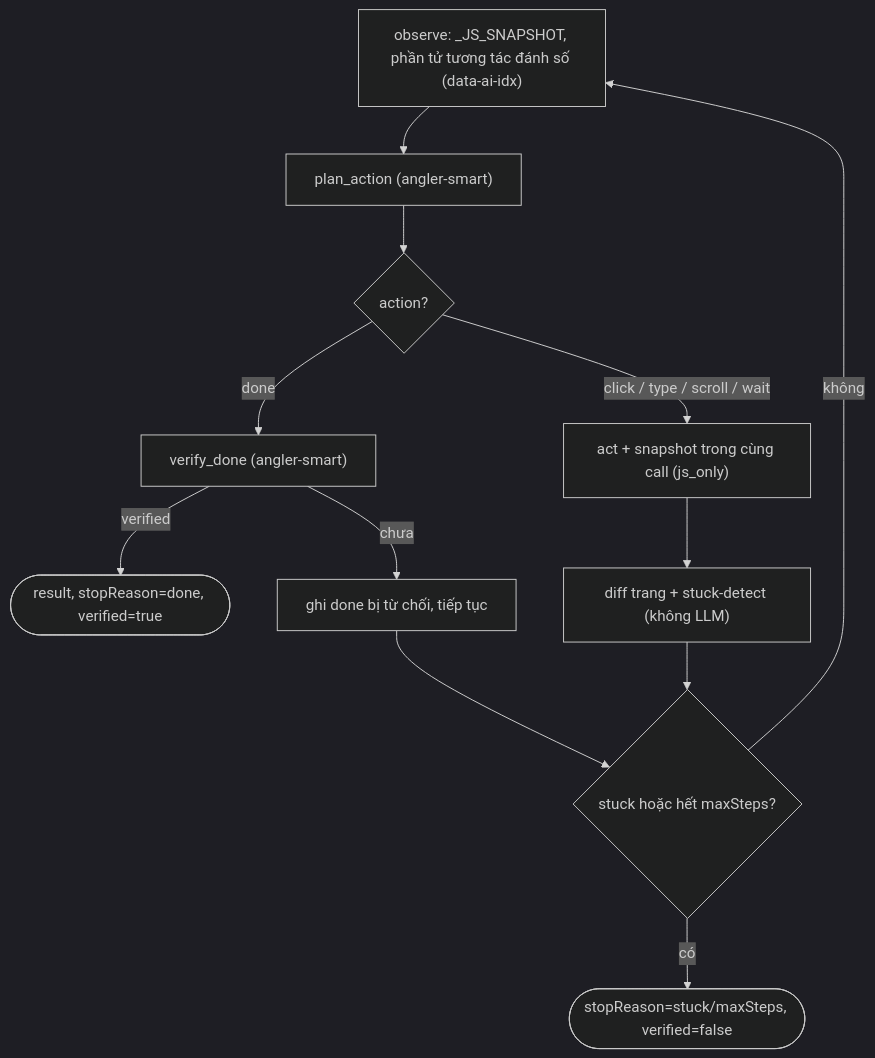
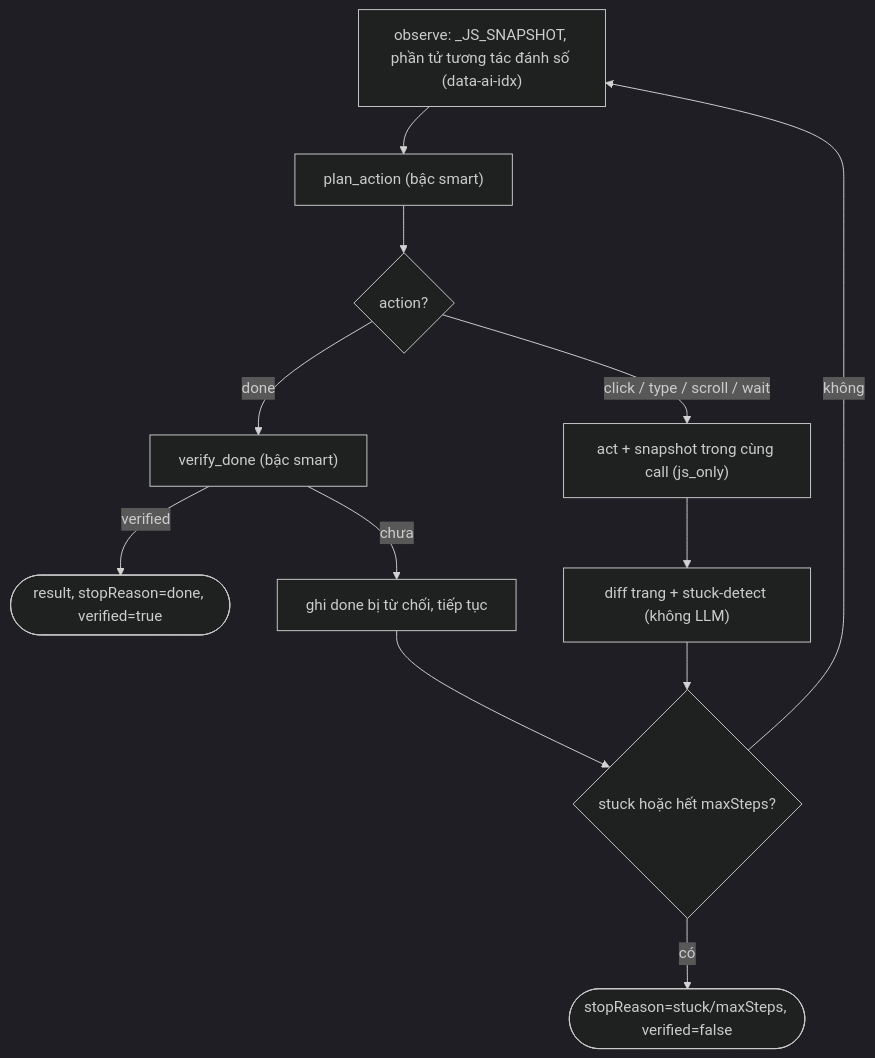
The fourth of 6 diagrams in docs/THIET-KE-KY-THUAT.md (tetravn/angler-crawl), drawn with Mermaid (dark theme) before and after one commit. The commit also changed other lines of this file and 17 other files, not shown here.

````diff
--- a/docs/THIET-KE-KY-THUAT.md
+++ b/docs/THIET-KE-KY-THUAT.md
@@ -465,14 +469,14 @@
 ```mermaid
 flowchart TD
-  O["observe: _JS_SNAPSHOT, phần tử tương tác đánh số (data-ai-idx)"] --> PL["plan_action (angler-smart)"]
+  O["observe: _JS_SNAPSHOT, phần tử tương tác đánh số (data-ai-idx)"] --> PL["plan_action (bậc smart)"]
   PL --> A{"action?"}
-  A -->|"done"| VE["verify_done (angler-smart)"]
+  A -->|"done"| VE["verify_done (bậc smart)"]
   VE -->|"verified"| OK(["result, stopReason=done, verified=true"])
   VE -->|"chưa"| CT["ghi done bị từ chối, tiếp tục"]
   A -->|"click / type / scroll / wait"| EX["act + snapshot trong cùng call (js_only)"]
   EX --> DF["diff trang + stuck-detect (không LLM)"]
   CT --> SK{"stuck hoặc hết maxSteps?"}
   DF --> SK
   SK -->|"có"| FC(["stopReason=stuck/maxSteps, verified=false"])
   SK -->|"không"| O
 ```
````
